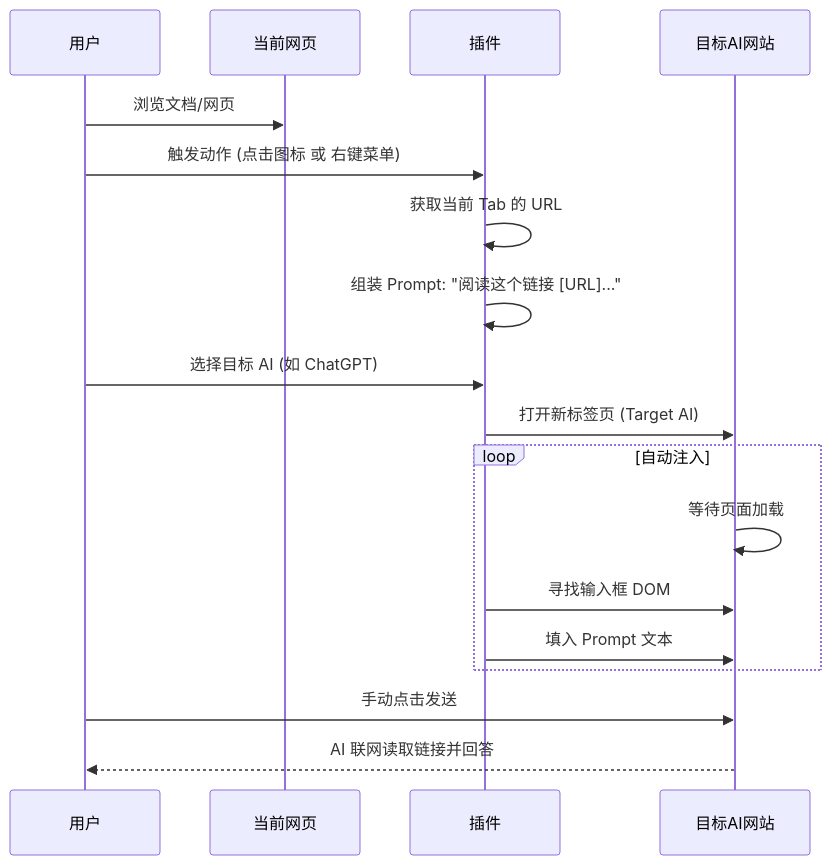
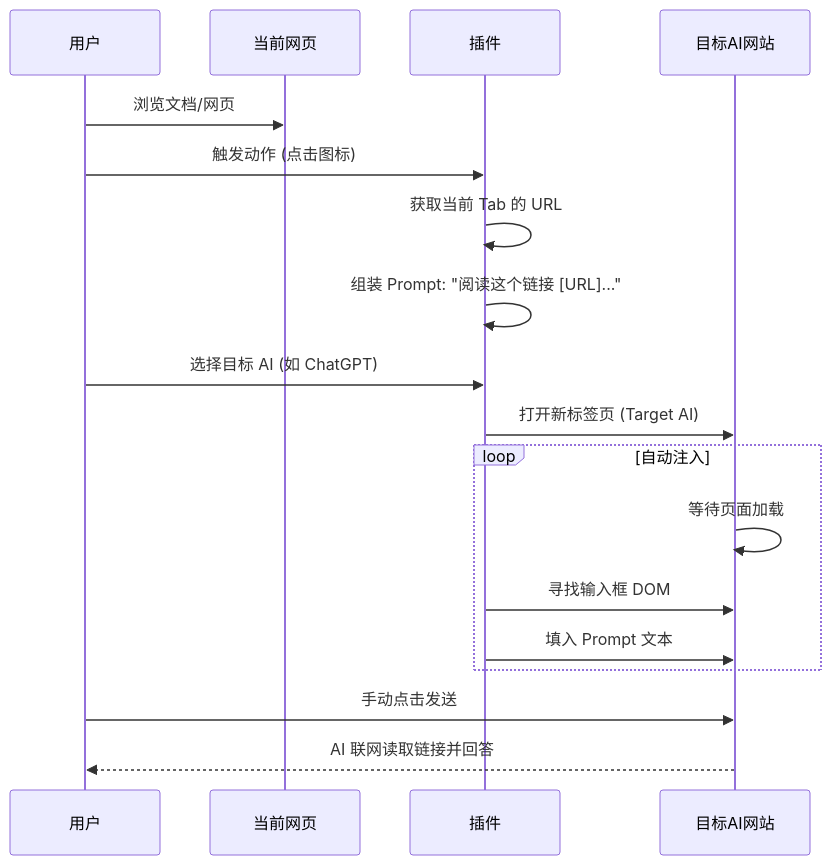
The diagram in docs/prd.md (huangli1279/linkfeed), drawn with Mermaid before and after one commit. The commit also changed other lines of this file and 4 other files, not shown here.

````diff
--- a/docs/prd.md
+++ b/docs/prd.md
@@ -21,24 +21,24 @@
 ```mermaid
 sequenceDiagram
     participant User as 用户
     participant Browser as 当前网页
     participant Plugin as 插件
     participant AISite as 目标AI网站
 
     User->>Browser: 浏览文档/网页
-    User->>Plugin: 触发动作 (点击图标 或 右键菜单)
+    User->>Plugin: 触发动作 (点击图标)
     Plugin->>Plugin: 获取当前 Tab 的 URL
     Plugin->>Plugin: 组装 Prompt: "阅读这个链接 [URL]..."
     
     User->>Plugin: 选择目标 AI (如 ChatGPT)
     Plugin->>AISite: 打开新标签页 (Target AI)
     
     loop 自动注入
         AISite->>AISite: 等待页面加载
         Plugin->>AISite: 寻找输入框 DOM
         Plugin->>AISite: 填入 Prompt 文本
     end
 
     User->>AISite: 手动点击发送
     AISite-->>User: AI 联网读取链接并回答
 ```
````
